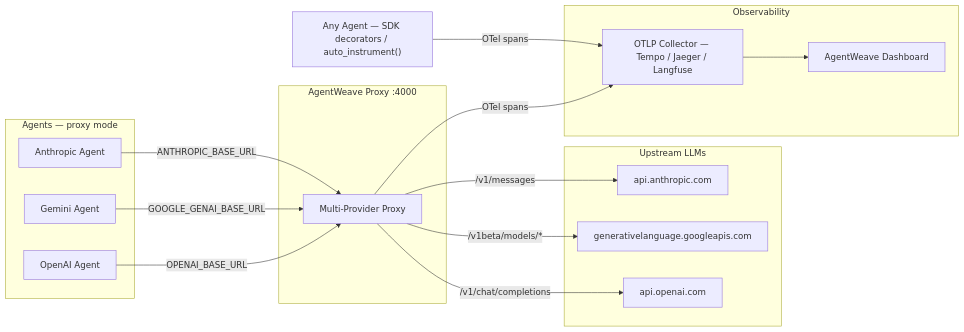
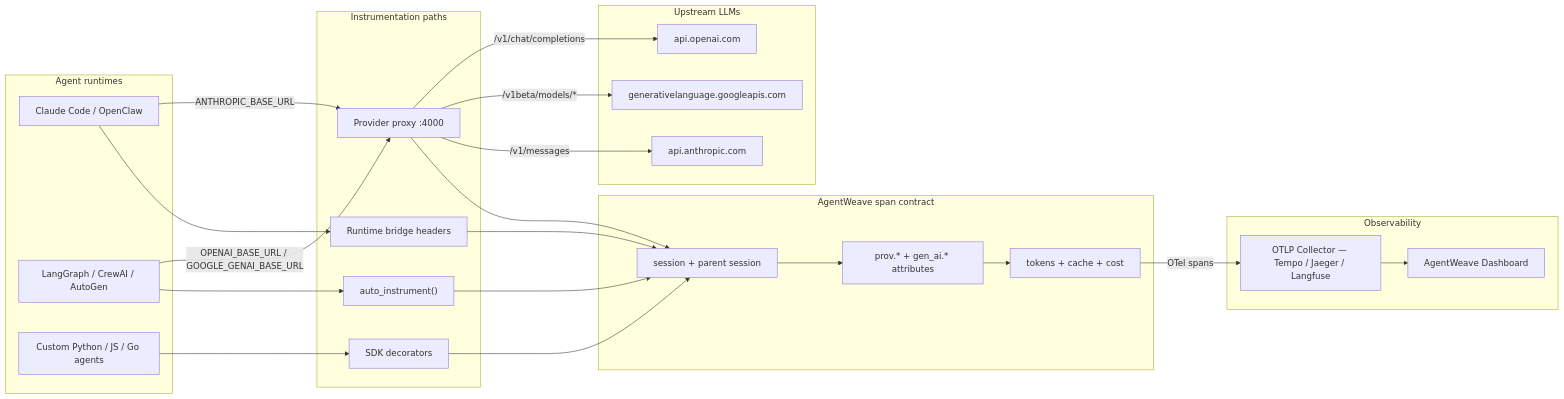
One commit to arniesaha/agentweave changed the diagram in README.md. Above: the diagram before and after it, drawn with Mermaid. The commit also changed other lines of this file and 14 other files, not shown here.

````diff
--- a/README.md
+++ b/README.md
@@ -22,36 +22,51 @@
 ```mermaid
 graph LR
-    subgraph Agents["Agents — proxy mode"]
-        A1["Anthropic Agent"]
-        A2["Gemini Agent"]
-        A3["OpenAI Agent"]
+    subgraph Runtimes["Agent runtimes"]
+        CC["Claude Code / OpenClaw"]
+        FW["LangGraph / CrewAI / AutoGen"]
+        APP["Custom Python / JS / Go agents"]
     end
 
-    SDK["Any Agent — SDK decorators / auto_instrument()"]
+    subgraph Instrumentation["Instrumentation paths"]
+        DEC["SDK decorators"]
+        AUTO["auto_instrument()"]
+        BRIDGE["Runtime bridge headers"]
+        P["Provider proxy :4000"]
+    end
 
-    subgraph Proxy["AgentWeave Proxy :4000"]
-        P["Multi-Provider Proxy"]
+    subgraph Contract["AgentWeave span contract"]
+        CTX["session + parent session"]
+        ATTR["prov.* + gen_ai.* attributes"]
+        COST["tokens + cache + cost"]
     end
 
     subgraph LLMs["Upstream LLMs"]
         AN[api.anthropic.com]
         GO[generativelanguage.googleapis.com]
         OA[api.openai.com]
     end
 
     subgraph Observability
         OT["OTLP Collector — Tempo / Jaeger / Langfuse"]
         GR["AgentWeave Dashboard"]
     end
 
-    A1 -- "ANTHROPIC_BASE_URL" --> P
-    A2 -- "GOOGLE_GENAI_BASE_URL" --> P
-    A3 -- "OPENAI_BASE_URL" --> P
-    SDK -- "OTel spans" --> OT
+    CC --> BRIDGE
+    FW --> AUTO
+    APP --> DEC
+    CC -- "ANTHROPIC_BASE_URL" --> P
+    FW -- "OPENAI_BASE_URL / GOOGLE_GENAI_BASE_URL" --> P
+
+    DEC --> CTX
+    AUTO --> CTX
+    BRIDGE --> CTX
+    P --> CTX
+    CTX --> ATTR
+    ATTR --> COST
 
     P -- "/v1/messages" --> AN
     P -- "/v1beta/models/*" --> GO
     P -- "/v1/chat/completions" --> OA
-    P -- "OTel spans" --> OT
+    COST -- "OTel spans" --> OT
     OT --> GR
 ```
````
